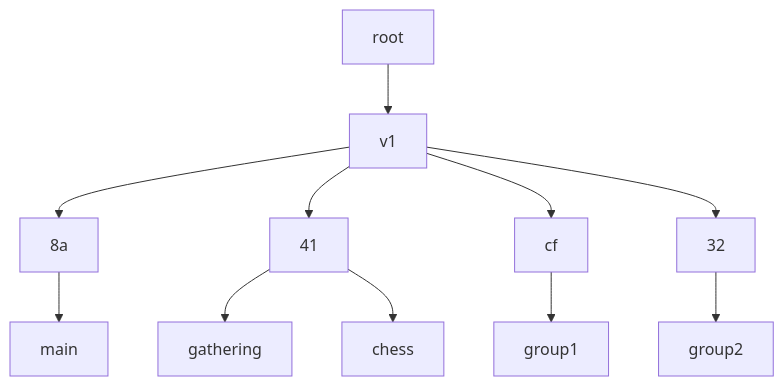
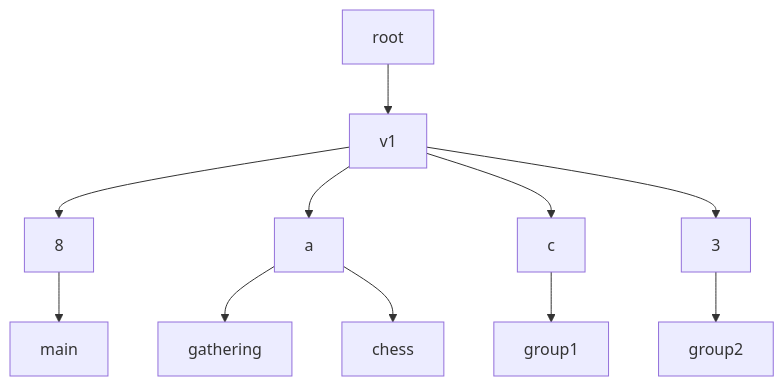
One commit to ssbc/ssb-meta-feeds-spec changed the diagram in README.md. Above: the diagram before and after it, drawn with Mermaid. The commit also changed other lines of this file, not shown here.

````diff
--- a/README.md
+++ b/README.md
@@ -256,10 +258,10 @@
 ```mermaid
 graph TB;
   root --> v1
-  v1 --> 8a & 41 & cf & 32
-  8a --> main
-  41 --> gathering
-  41 --> chess
-  cf --> group1
-  32 --> group2
+  v1 --> 8 & a & c & 3
+  8 --> main
+  a --> gathering
+  a --> chess
+  c --> group1
+  3 --> group2
 ```
````
